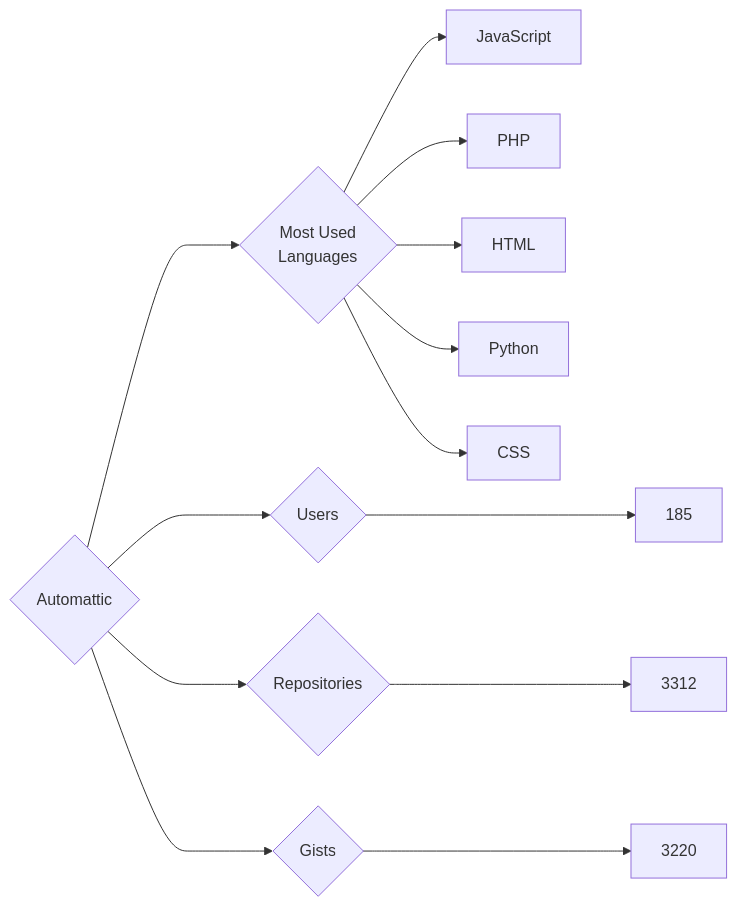
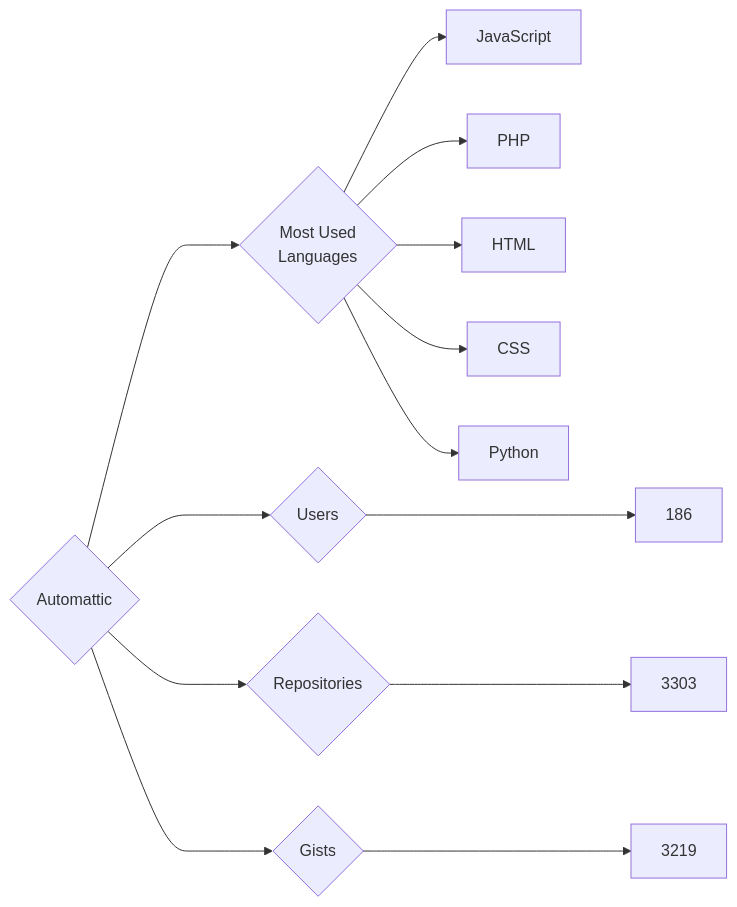
The diagram in targets/Automattic/README.md (trickest/insiders), drawn with Mermaid before and after one commit. The commit also changed 1195 other files, not shown here.

````diff
--- a/targets/Automattic/README.md
+++ b/targets/Automattic/README.md
@@ -3,13 +3,13 @@
 ```mermaid
 graph LR
 COMPANY_NAME{Automattic}
-COMPANY_NAME ---> U{Users} ---> UN[185]
-COMPANY_NAME ---> R{Repositories} ---> RN[3312]
-COMPANY_NAME ---> G{Gists} ---> GN[3220]
+COMPANY_NAME ---> U{Users} ---> UN[186]
+COMPANY_NAME ---> R{Repositories} ---> RN[3303]
+COMPANY_NAME ---> G{Gists} ---> GN[3219]
 COMPANY_NAME ---> ML{Most Used<br>Languages}
 ML --> JavaScript[JavaScript]
 ML --> PHP[PHP]
 ML --> HTML[HTML]
+ML --> CSS[CSS]
 ML --> Python[Python]
-ML --> CSS[CSS]
 ```
````
